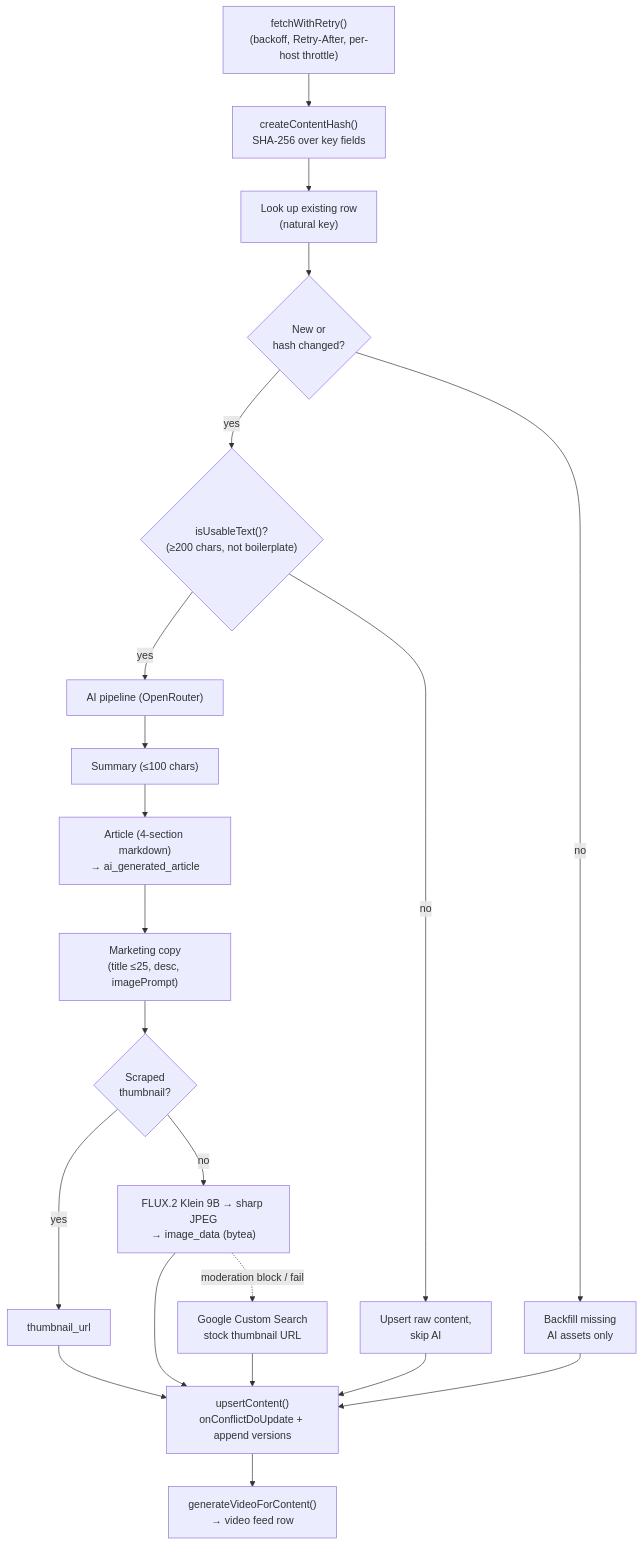
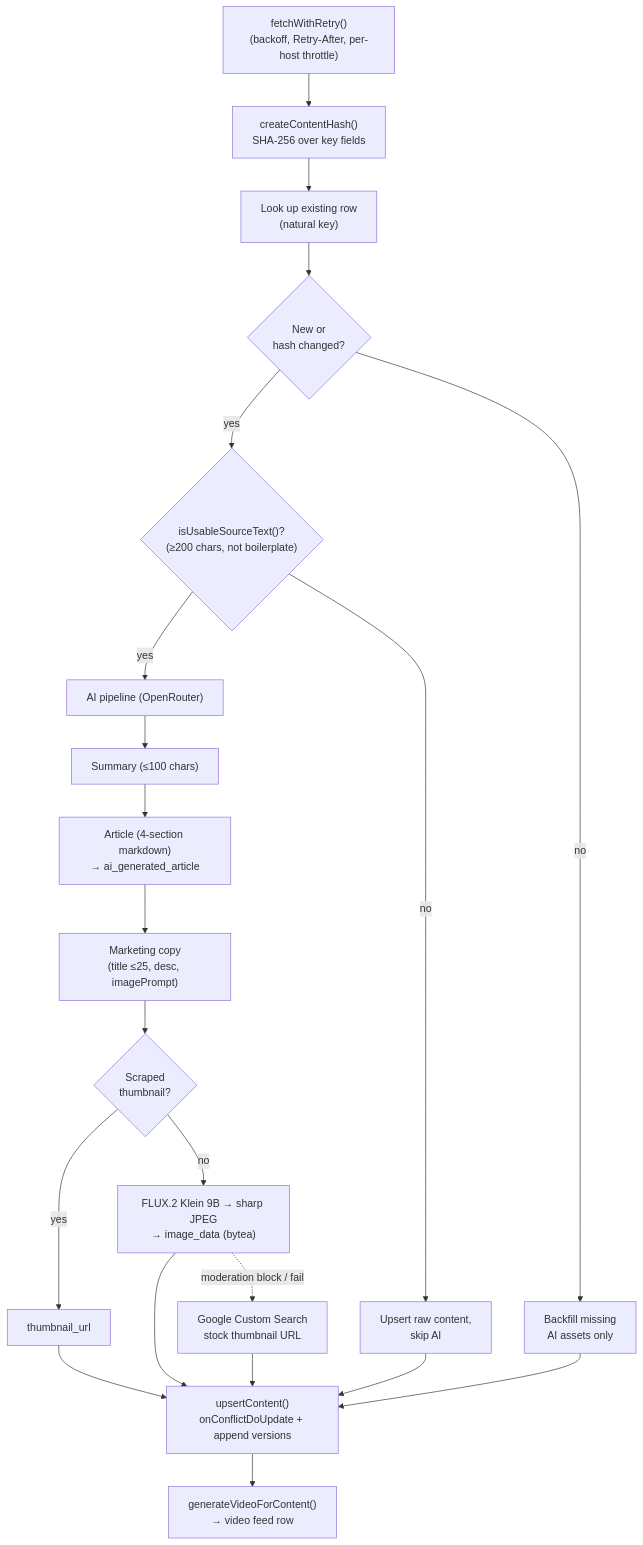
One commit to billion-app/billion changed the diagram in docs/scraper.md. Above: the diagram before and after it, drawn with Mermaid. The commit also changed other lines of this file, not shown here.

````diff
--- a/docs/scraper.md
+++ b/docs/scraper.md
@@ -154,27 +204,27 @@
 ```mermaid
 flowchart TD
     fetch["fetchWithRetry()<br/>(backoff, Retry-After, per-host throttle)"] --> hash["createContentHash()<br/>SHA-256 over key fields"]
     hash --> lookup["Look up existing row<br/>(natural key)"]
     lookup --> changed{"New or<br/>hash changed?"}
 
     changed -->|no| backfill["Backfill missing<br/>AI assets only"]
-    changed -->|yes| usable{"isUsableText()?<br/>(≥200 chars, not boilerplate)"}
+    changed -->|yes| usable{"isUsableSourceText()?<br/>(≥200 chars, not boilerplate)"}
     usable -->|no| skipai["Upsert raw content,<br/>skip AI"]
     usable -->|yes| ai["AI pipeline (OpenRouter)"]
 
     ai --> summary["Summary (≤100 chars)"]
     summary --> article["Article (4-section markdown)<br/>→ ai_generated_article"]
     article --> marketing["Marketing copy<br/>(title ≤25, desc, imagePrompt)"]
     marketing --> img{"Scraped<br/>thumbnail?"}
 
     img -->|yes| thumburl["thumbnail_url"]
     img -->|no| flux["FLUX.2 Klein 9B → sharp JPEG<br/>→ image_data (bytea)"]
     flux -.->|moderation block / fail| stock["Google Custom Search<br/>stock thumbnail URL"]
 
     thumburl --> upsert["upsertContent()<br/>onConflictDoUpdate + append versions"]
     flux --> upsert
     stock --> upsert
     skipai --> upsert
     backfill --> upsert
     upsert --> video["generateVideoForContent()<br/>→ video feed row"]
 ```
````
